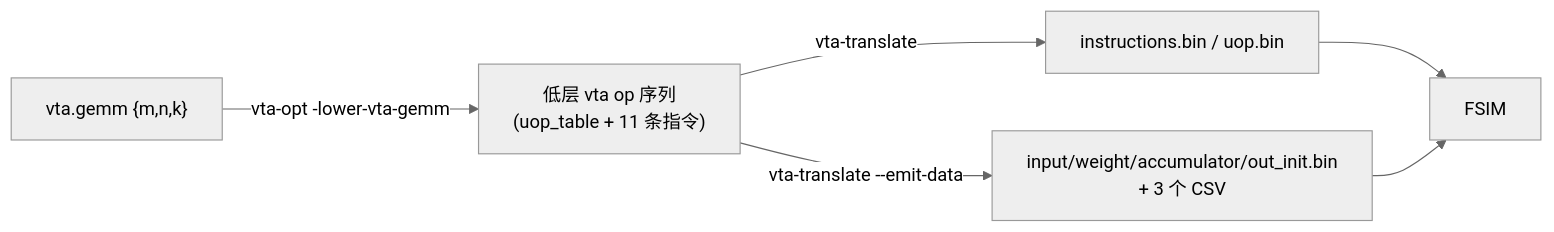
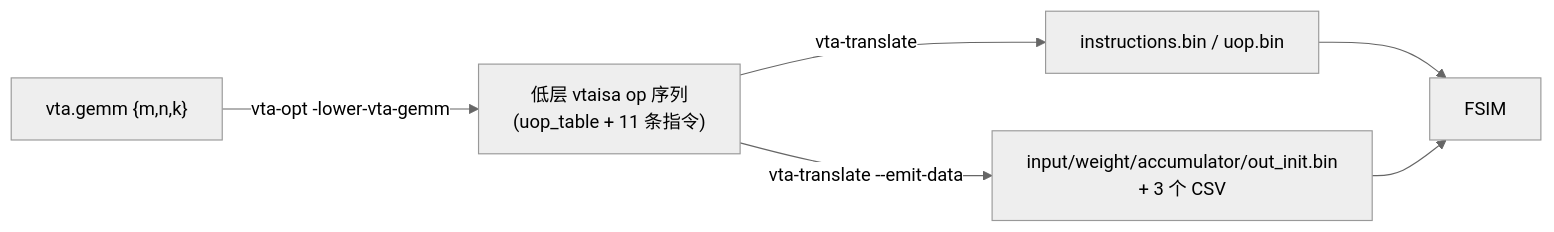
One commit to yuanshangqing1020/mlir-vta changed the second of 3 diagrams in docs/DESIGN_cn.md. Above: the diagram before and after it, drawn with Mermaid (neutral theme). The commit also changed other lines of this file and 25 other files, not shown here.

````diff
--- a/docs/DESIGN_cn.md
+++ b/docs/DESIGN_cn.md
@@ -70,14 +70,14 @@
 ```mermaid
 flowchart LR
     HL["vta.gemm {m,n,k}"]
-    LL["低层 vta op 序列<br/>(uop_table + 11 条指令)"]
+    LL["低层 vtaisa op 序列<br/>(uop_table + 11 条指令)"]
     BINS["instructions.bin / uop.bin"]
     DATA["input/weight/accumulator/out_init.bin<br/>+ 3 个 CSV"]
     FSIM["FSIM"]
 
     HL -->|vta-opt -lower-vta-gemm| LL
     LL -->|vta-translate| BINS
     LL -->|vta-translate --emit-data| DATA
     BINS --> FSIM
     DATA --> FSIM
 ```
````
